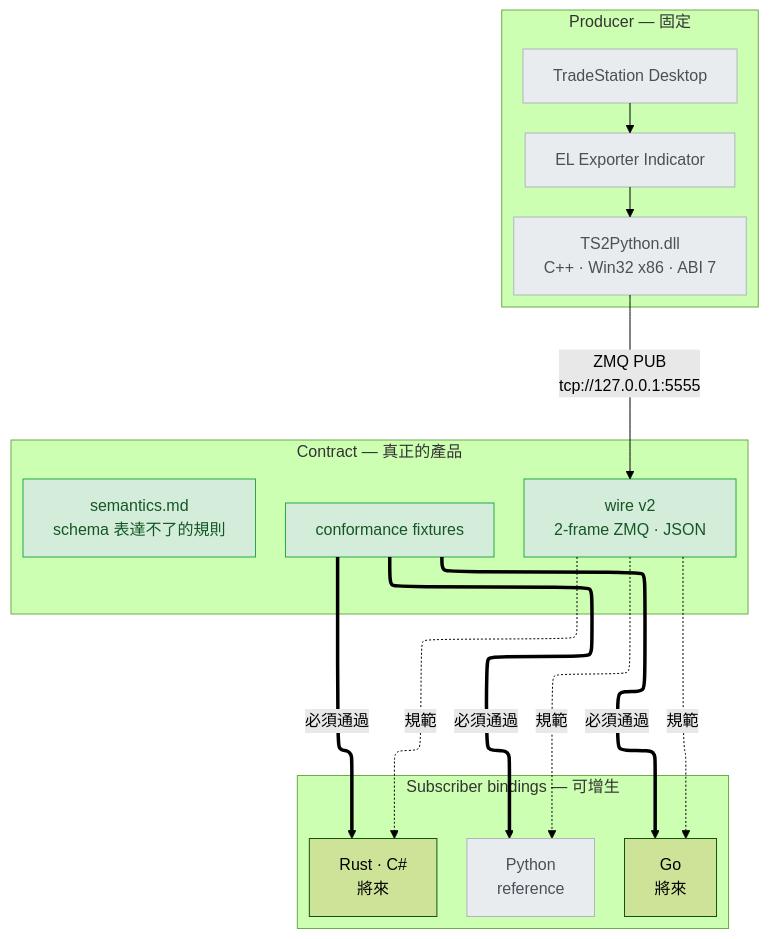
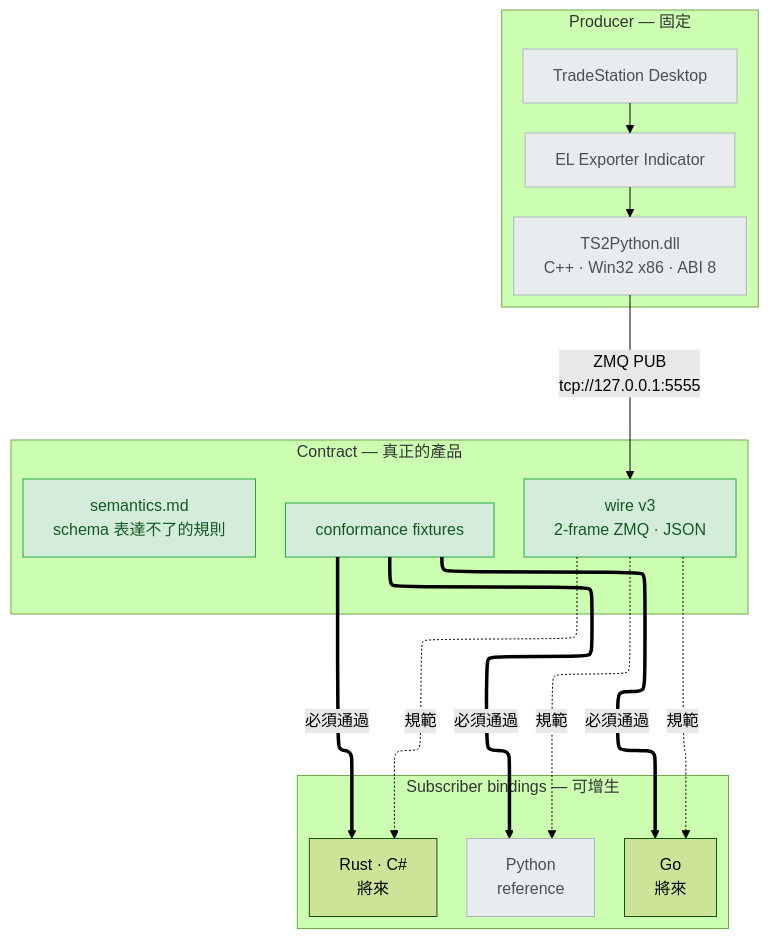
Before and after one commit to millerlai/tradestation-data-provider: the diagram in README.zh-TW.md, drawn with Mermaid (forest theme). The commit also changed other lines of this file and 62 other files, not shown here.

````diff
--- a/README.zh-TW.md
+++ b/README.zh-TW.md
@@ -13,38 +13,38 @@
 ```mermaid
 ---
 config:
   flowchart:
     defaultRenderer: elk
 ---
 flowchart TB
     subgraph PROD["Producer — 固定"]
         direction TB
         TS["TradeStation Desktop"]
         EL["EL Exporter Indicator"]
-        DLL["TS2Python.dll<br/>C++ · Win32 x86 · ABI 7"]
+        DLL["TS2Python.dll<br/>C++ · Win32 x86 · ABI 8"]
         TS --> EL --> DLL
     end
     subgraph CON["Contract — 真正的產品"]
-        WIRE["wire v2<br/>2-frame ZMQ · JSON"]
+        WIRE["wire v3<br/>2-frame ZMQ · JSON"]
         SEM["semantics.md<br/>schema 表達不了的規則"]
         FIX["conformance fixtures"]
     end
     subgraph BIND["Subscriber bindings — 可增生"]
         direction LR
         PY["Python<br/>reference"]
         GO["Go<br/>將來"]
         RS["Rust · C#<br/>將來"]
     end
     DLL -->|"ZMQ PUB<br/>tcp://127.0.0.1:5555"| WIRE
     WIRE -.->|規範| PY
     WIRE -.->|規範| GO
     WIRE -.->|規範| RS
     FIX ==>|必須通過| PY
     FIX ==>|必須通過| GO
     FIX ==>|必須通過| RS
 
     classDef existing fill:#e9ecef,stroke:#adb5bd,color:#495057
     classDef added fill:#d4edda,stroke:#28a745,color:#155724
     class TS,EL,DLL,PY existing
     class WIRE,SEM,FIX added
 ```
````
